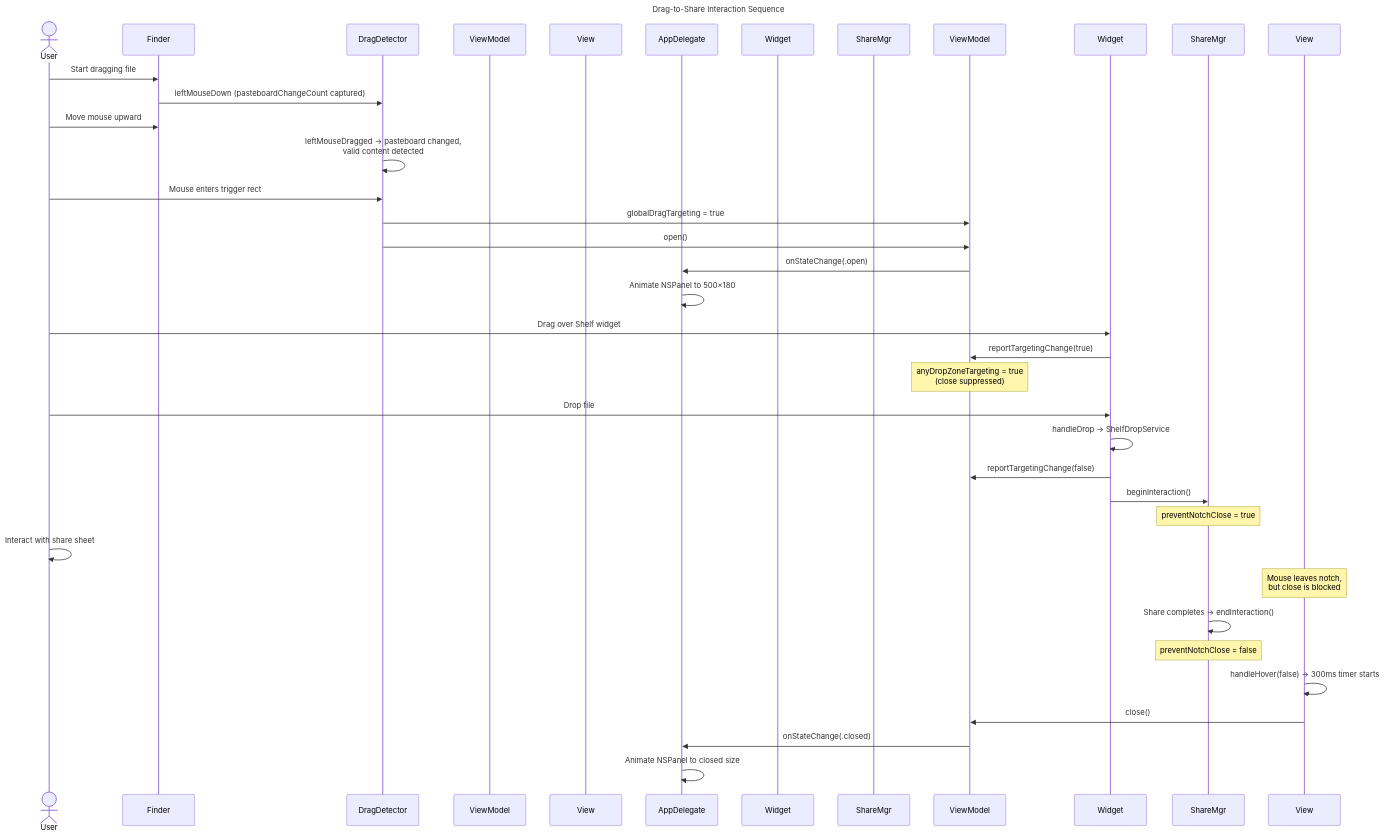
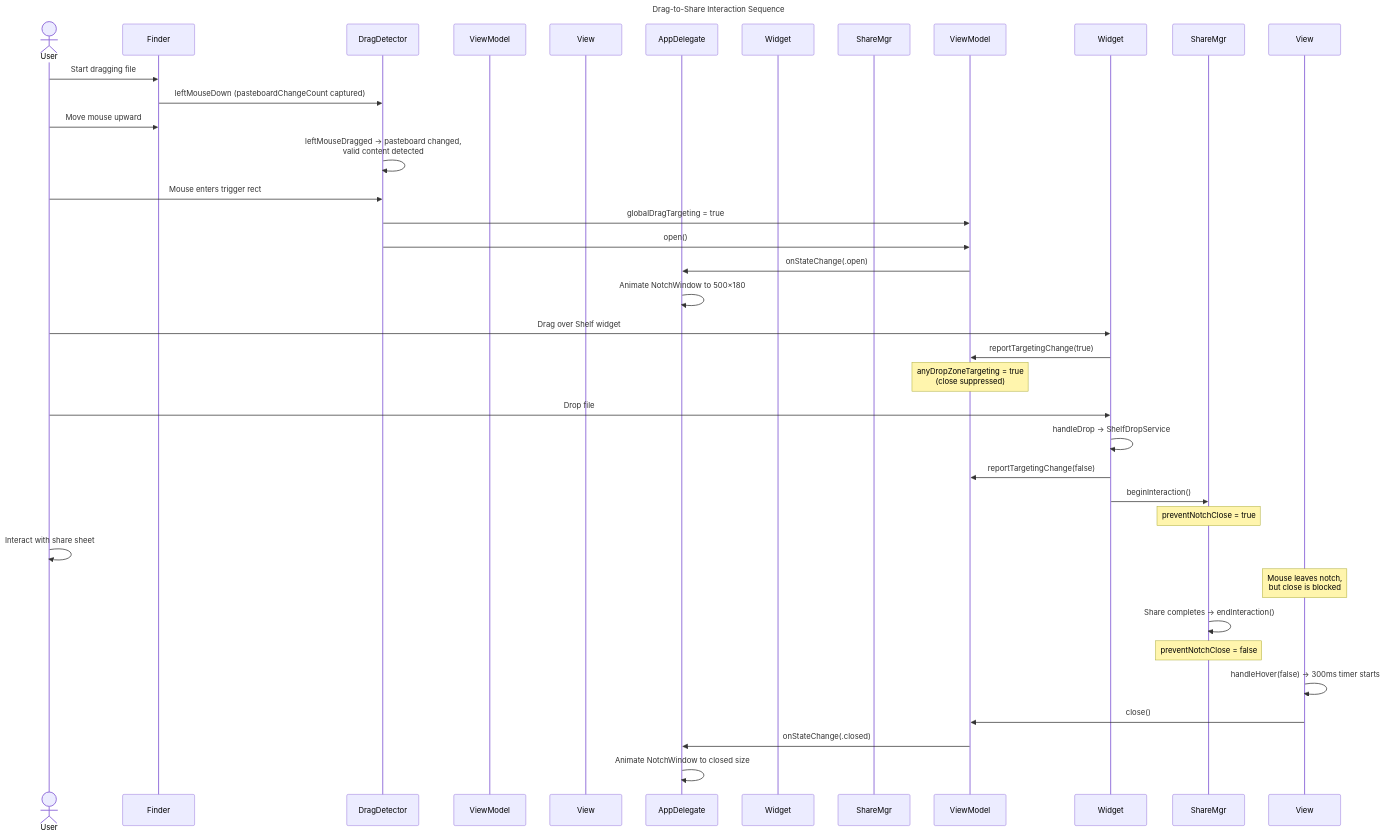
Before and after one commit to Brudatekas/thinger: the third of 3 diagrams in DOCUMENTATION.md, drawn with Mermaid. The commit also changed other lines of this file and 13 other files, not shown here.

````diff
--- a/DOCUMENTATION.md
+++ b/DOCUMENTATION.md
@@ -331,47 +331,47 @@
 ```mermaid
 ---
 title: Drag-to-Share Interaction Sequence
 ---
 sequenceDiagram
     actor User
     participant Finder
     participant DragDetector
     participant NotchViewModel as ViewModel
     participant NotchView as View
     participant AppDelegate
     participant FileBatchWidget as Widget
     participant SharingStateManager as ShareMgr
     
     User->>Finder: Start dragging file
     Finder->>DragDetector: leftMouseDown (pasteboardChangeCount captured)
     User->>Finder: Move mouse upward
     DragDetector->>DragDetector: leftMouseDragged → pasteboard changed,<br/>valid content detected
     
     User->>DragDetector: Mouse enters trigger rect
     DragDetector->>ViewModel: globalDragTargeting = true
     DragDetector->>ViewModel: open()
     ViewModel->>AppDelegate: onStateChange(.open)
-    AppDelegate->>AppDelegate: Animate NSPanel to 500×180
+    AppDelegate->>AppDelegate: Animate NotchWindow to 500×180
     
     User->>Widget: Drag over Shelf widget
     Widget->>ViewModel: reportTargetingChange(true)
     Note over ViewModel: anyDropZoneTargeting = true<br/>(close suppressed)
     
     User->>Widget: Drop file
     Widget->>Widget: handleDrop → ShelfDropService
     Widget->>ViewModel: reportTargetingChange(false)
     
     Widget->>ShareMgr: beginInteraction()
     Note over ShareMgr: preventNotchClose = true
     
     User->>User: Interact with share sheet
     Note over View: Mouse leaves notch,<br/>but close is blocked
     
     ShareMgr->>ShareMgr: Share completes → endInteraction()
     Note over ShareMgr: preventNotchClose = false
     
     View->>View: handleHover(false) → 300ms timer starts
     View->>ViewModel: close()
     ViewModel->>AppDelegate: onStateChange(.closed)
-    AppDelegate->>AppDelegate: Animate NSPanel to closed size
+    AppDelegate->>AppDelegate: Animate NotchWindow to closed size
 ```
````
